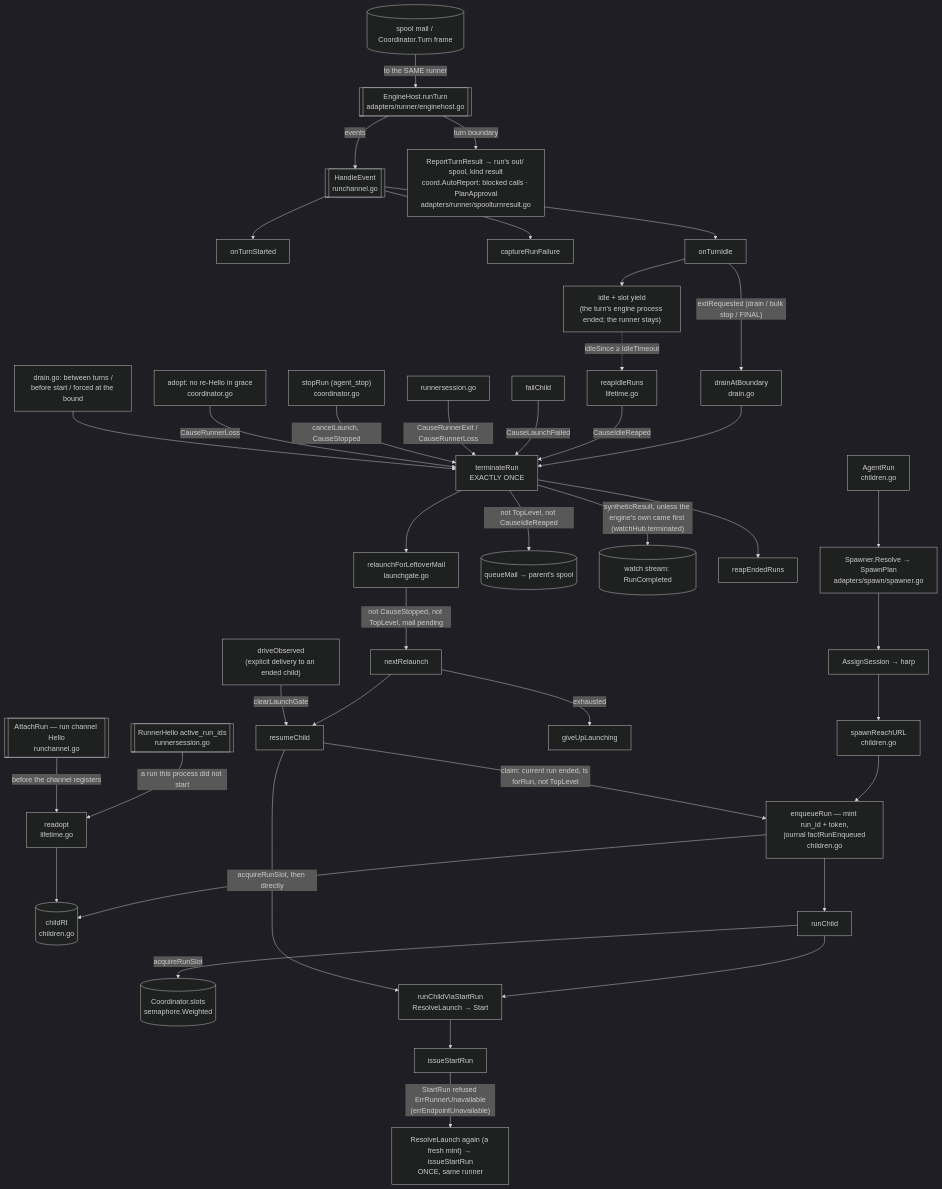
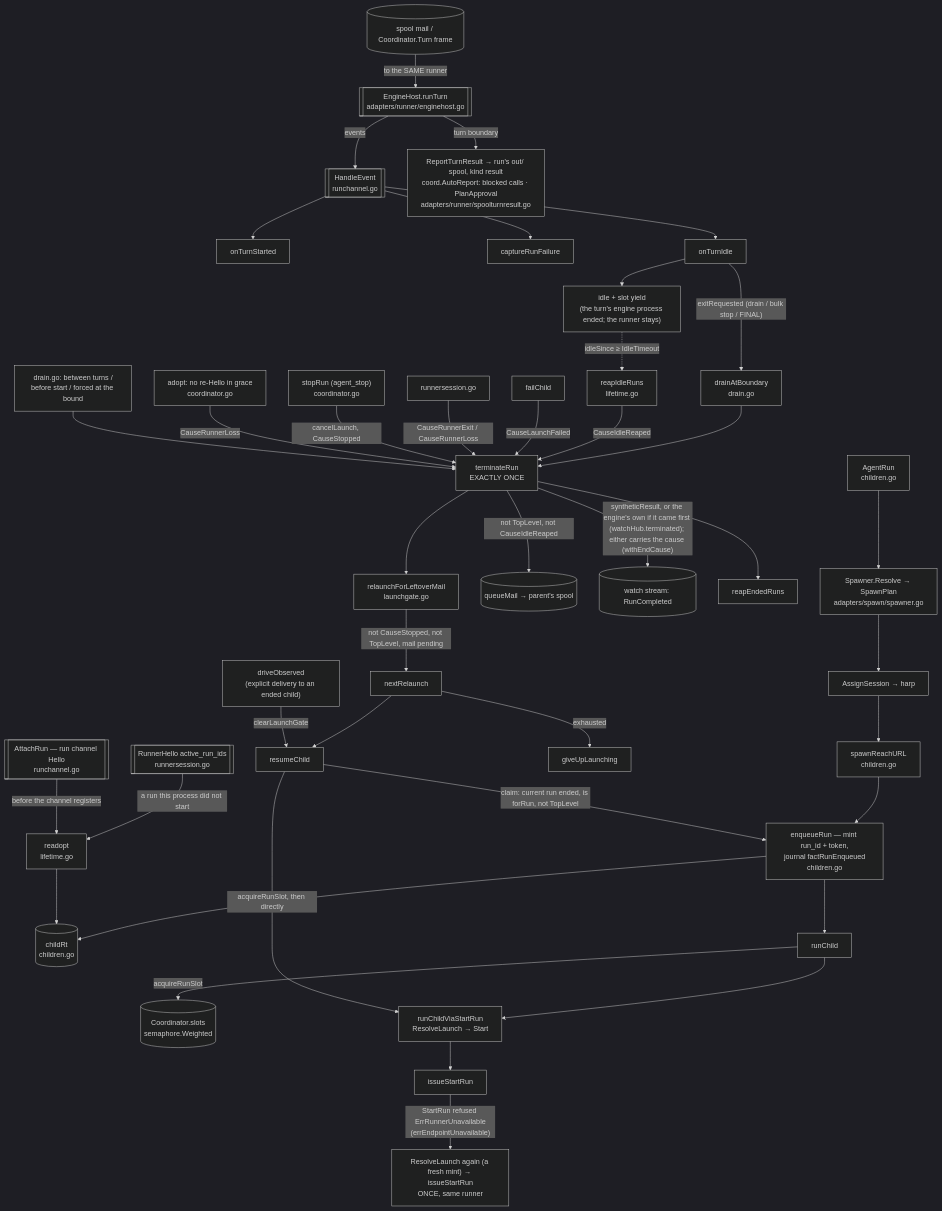
Before and after one commit to ctxloom/ctxloom: the diagram in docs/architecture/agentcoord/child-lifecycle.md, drawn with Mermaid (dark theme). The commit also changed other lines of this file and 5 other files, not shown here.

First line of the commit message:
fix(coord): a stopped run's result says who stopped it and why

````diff
--- a/docs/architecture/agentcoord/child-lifecycle.md
+++ b/docs/architecture/agentcoord/child-lifecycle.md
@@ -17,40 +17,40 @@
 ```mermaid
 flowchart TD
   AR["AgentRun<br/>children.go"] --> RES["Spawner.Resolve → SpawnPlan<br/>adapters/spawn/spawner.go"]
   RES --> ASSIGN["AssignSession → harp"]
   ASSIGN --> URL["spawnReachURL<br/>children.go"]
   URL --> EQ["enqueueRun — mint run_id + token,<br/>journal factRunEnqueued<br/>children.go"]
   EQ --> RT[("childRt<br/>children.go")]
   EQ --> RC["runChild"]
   RC -->|acquireRunSlot| TS[("Coordinator.slots<br/>semaphore.Weighted")]
   RC --> VSR["runChildViaStartRun<br/>ResolveLaunch → Start"] --> ISR["issueStartRun"]
   ISR -->|"StartRun refused ErrRunnerUnavailable<br/>(errEndpointUnavailable)"| REBIND["ResolveLaunch again (a fresh mint) → issueStartRun<br/>ONCE, same runner"]
 
   ENG[["EngineHost.runTurn<br/>adapters/runner/enginehost.go"]] -->|events| RCH[["HandleEvent<br/>runchannel.go"]]
   ENG -->|turn boundary| TR["ReportTurnResult → run's out/ spool, kind result<br/>coord.AutoReport: blocked calls · PlanApproval<br/>adapters/runner/spoolturnresult.go"]
   RCH --> OTS["onTurnStarted"]
   RCH --> CRF["captureRunFailure"]
   RCH --> OTI["onTurnIdle"]
   OTI -->|"exitRequested (drain / bulk stop / FINAL)"| DAB["drainAtBoundary<br/>drain.go"] --> TERM
   OTI --> IDLE["idle + slot yield<br/>(the turn's engine process ended; the runner stays)"]
   IDLE -.->|"idleSince ≥ IdleTimeout"| REAPER["reapIdleRuns<br/>lifetime.go"] -->|CauseIdleReaped| TERM
   MAILIN[("spool mail / Coordinator.Turn frame")] -->|"to the SAME runner"| ENG
   HELLO[["RunnerHello active_run_ids<br/>runnersession.go"]] -->|"a run this process did not start"| READOPT["readopt<br/>lifetime.go"] --> RT
   ATTACH[["AttachRun — run channel Hello<br/>runchannel.go"]] -->|"before the channel registers"| READOPT
 
   FC["failChild"] -->|CauseLaunchFailed| TERM["terminateRun<br/>EXACTLY ONCE"]
   RS["runnersession.go"] -->|"CauseRunnerExit / CauseRunnerLoss"| TERM
   STOP["stopRun (agent_stop)<br/>coordinator.go"] -->|"cancelLaunch, CauseStopped"| TERM
   GRACE["adopt: no re-Hello in grace<br/>coordinator.go"] -->|CauseRunnerLoss| TERM
   DRAIN["drain.go: between turns /<br/>before start / forced at the bound"] --> TERM
   TERM -->|"not TopLevel, not CauseIdleReaped"| NOTICE[("queueMail → parent's spool")]
-  TERM -->|"syntheticResult, unless the engine's own came first (watchHub.terminated)"| WATCH[("watch stream: RunCompleted")]
+  TERM -->|"syntheticResult, or the engine's own if it came first (watchHub.terminated); either carries the cause (withEndCause)"| WATCH[("watch stream: RunCompleted")]
   TERM --> REAP["reapEndedRuns"]
   TERM --> RLM["relaunchForLeftoverMail<br/>launchgate.go"]
   RLM -->|"not CauseStopped, not TopLevel, mail pending"| NR["nextRelaunch"]
   NR -->|exhausted| GU["giveUpLaunching"]
   NR --> RSC["resumeChild"]
   DOBS["driveObserved<br/>(explicit delivery to an ended child)"] -->|clearLaunchGate| RSC
   RSC -->|"claim: current run ended, is forRun, not TopLevel"| EQ
   RSC -->|"acquireRunSlot, then directly"| VSR
 ```
````
